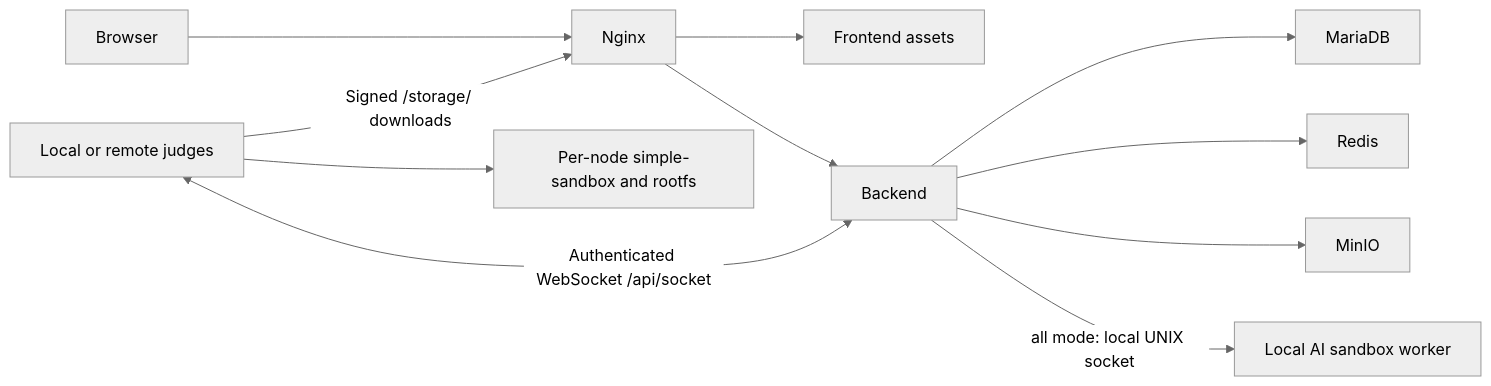
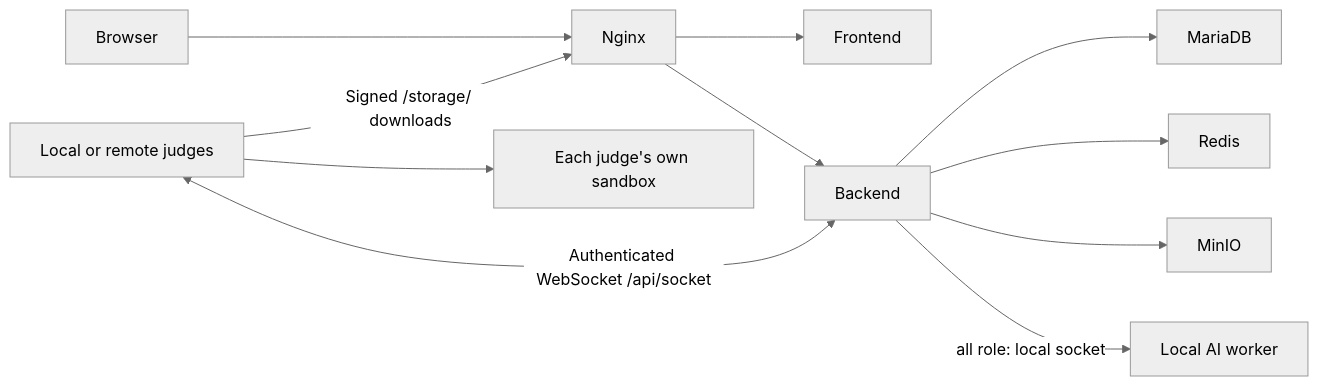
Before and after one commit to houyhlouis/LLMOJ: the diagram in wiki/Distributed-Judging.md, drawn with Mermaid (neutral theme). The commit also changed other lines of this file and 97 other files, not shown here.

````diff
--- a/wiki/Distributed-Judging.md
+++ b/wiki/Distributed-Judging.md
@@ -9,13 +10,13 @@
 ```mermaid
 flowchart LR
     Browser[Browser] --> Nginx[Nginx]
-    Nginx --> Frontend[Frontend assets]
+    Nginx --> Frontend[Frontend]
     Nginx --> Backend[Backend]
     Backend --> DB[MariaDB]
     Backend --> Redis[Redis]
     Backend --> MinIO[MinIO]
     Judges[Local or remote judges] <-->|Authenticated WebSocket /api/socket| Backend
-    Judges --> Sandbox[Per-node simple-sandbox and rootfs]
+    Judges --> Sandbox[Each judge's own sandbox]
     Judges -->|Signed /storage/ downloads| Nginx
-    Backend -->|all mode: local UNIX socket| AIWorker[Local AI sandbox worker]
+    Backend -->|all role: local socket| AIWorker[Local AI worker]
 ```
````
